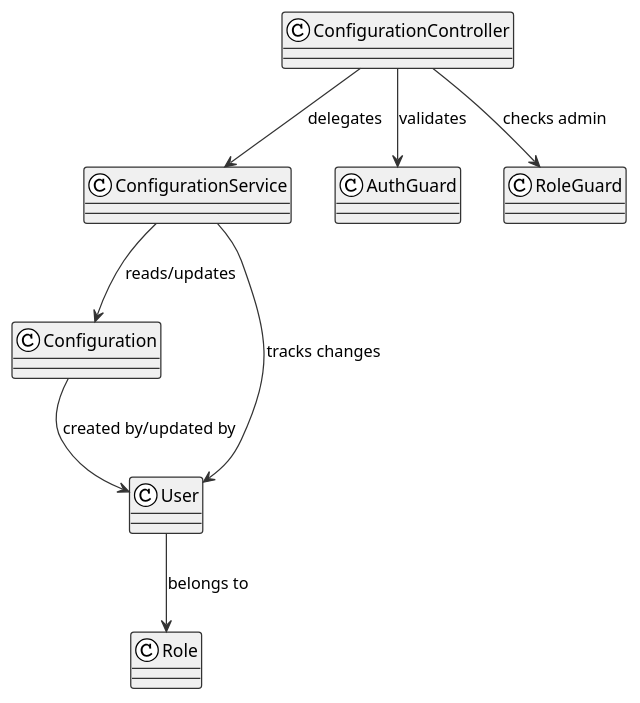
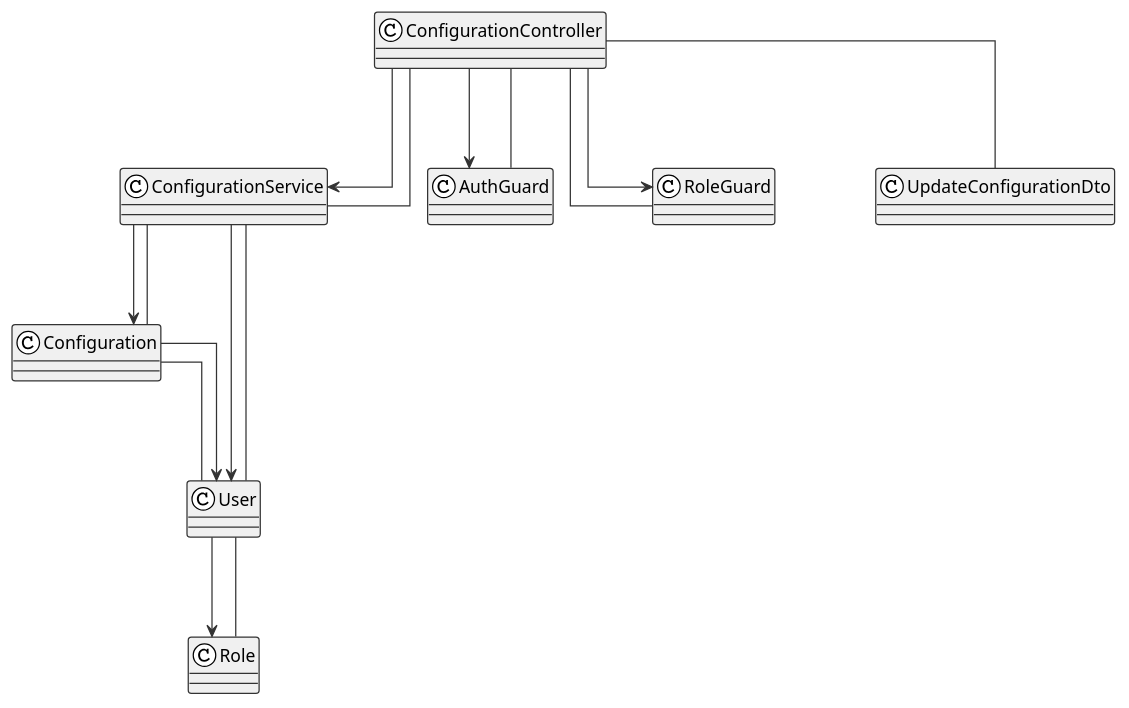
Before and after one commit to gs4lthung/capstone-project-be: the diagram in diagrams/details/update-configuration/class.puml, drawn with PlantUML. The commit also changed 34 other files, not shown here.

First line of the commit message:
Add diagrams for AI subject generation, login module, and manage course features

```diff
--- a/diagrams/details/update-configuration/class.puml
+++ b/diagrams/details/update-configuration/class.puml
@@ -1,65 +1,87 @@
 @startuml UpdateConfigurationClassDiagram
 !theme plain
 skinparam classBackgroundColor #f0f0f0
 skinparam classBorderColor #333
 skinparam arrowColor #333
+skinparam linetype ortho
+skinparam nodesep 80
+skinparam ranksep 80
 
 ' ════════════════════════════════════════════════════════════════════════════════════
 ' CONTROLLER LAYER
 ' ════════════════════════════════════════════════════════════════════════════════════
 
 class ConfigurationController {
 
 }
 
 ' ════════════════════════════════════════════════════════════════════════════════════
 ' SERVICE LAYER
 ' ════════════════════════════════════════════════════════════════════════════════════
 
 class ConfigurationService {
 
 }
 
 ' ════════════════════════════════════════════════════════════════════════════════════
 ' ENTITY LAYER
 ' ════════════════════════════════════════════════════════════════════════════════════
 
 class Configuration {
 
 }
 
 class User {
 
 }
 
 class Role {
 
 }
 
 ' ════════════════════════════════════════════════════════════════════════════════════
 ' UTILITY LAYER
 ' ════════════════════════════════════════════════════════════════════════════════════
 
 class AuthGuard {
 
 }
 
 class RoleGuard {
 
 }
 
+' RELATIONSHIPS
+' ════════════════════════════════════════════════════════════════════════════════════
+
+ConfigurationController --> ConfigurationService
+ConfigurationController --> AuthGuard
+ConfigurationController --> RoleGuard
+
+ConfigurationService --> Configuration
+ConfigurationService --> User
+
+Configuration --> User
+User --> Role
+
+' ════════════════════════════════════════════════════════════════════════════════════
+' DTO LAYER
+' ════════════════════════════════════════════════════════════════════════════════════
+
+class UpdateConfigurationDto {
+}
+
 ' ════════════════════════════════════════════════════════════════════════════════════
 ' RELATIONSHIPS
 ' ════════════════════════════════════════════════════════════════════════════════════
 
-ConfigurationController --> ConfigurationService: delegates
-ConfigurationController --> AuthGuard: validates
-ConfigurationController --> RoleGuard: checks admin
-
-ConfigurationService --> Configuration: reads/updates
-ConfigurationService --> User: tracks changes
-
-Configuration --> User: created by/updated by
-User --> Role: belongs to
+ConfigurationController -- UpdateConfigurationDto
+ConfigurationController -- ConfigurationService
+ConfigurationController -- AuthGuard
+ConfigurationController -- RoleGuard
+ConfigurationService -- Configuration
+ConfigurationService -- User
+Configuration -- User
+User -- Role
 
 @enduml
```
